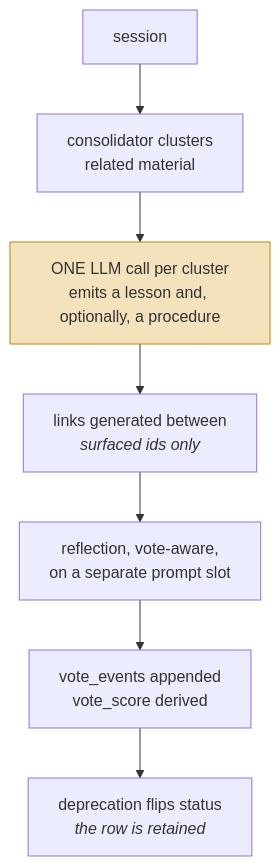
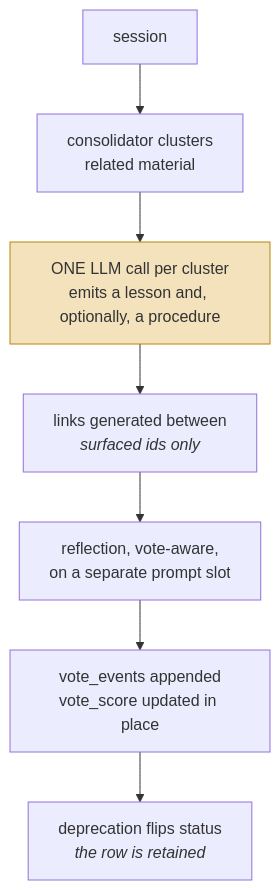
Before and after one commit to neoneye/agent-memory-atlas: the first of 2 diagrams in content/systems/atomic-agent.md, drawn with Mermaid. The commit also changed other lines of this file and 99 other files, not shown here.

````diff
--- a/content/systems/atomic-agent.md
+++ b/content/systems/atomic-agent.md
@@ -115,12 +117,12 @@
 ```mermaid
 %% caption: one LLM call per cluster emits the lesson and the optional procedure together, links are restricted to ids already surfaced, and deprecation flips a status while retaining the row
 flowchart TB
     S["session"] --> CL["consolidator clusters<br/>related material"]
     CL --> ONE["ONE LLM call per cluster<br/>emits a lesson and, optionally, a procedure"]
     ONE --> LK["links generated between<br/><i>surfaced ids only</i>"]
     LK --> RF["reflection, vote-aware,<br/>on a separate prompt slot"]
-    RF --> VE["vote_events appended<br/>vote_score derived"]
+    RF --> VE["vote_events appended<br/>vote_score updated in place"]
     VE --> DEP["deprecation flips status<br/><i>the row is retained</i>"]
 
     style ONE fill:#f4e2bd,stroke:#b8860b
 ```
````
